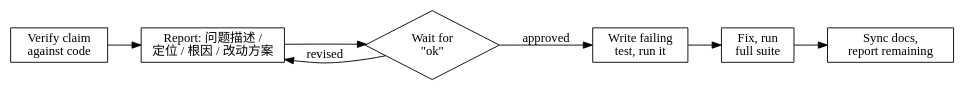
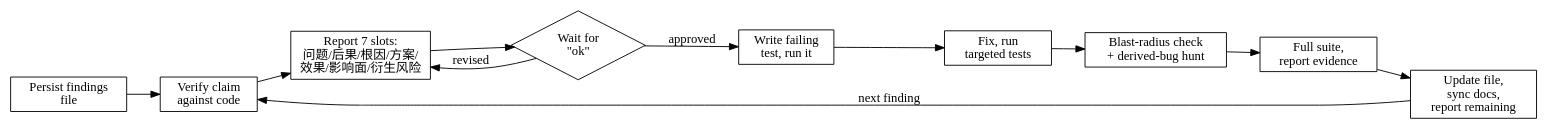
One commit to mmungdong/skills changed the diagram in skills/dev/fix-one-by-cr-docs/SKILL.md. Above: the diagram before and after it, drawn with Graphviz. The commit also changed other lines of this file and 1 other file, not shown here.

First line of the commit message:
feat(skills): require blast-radius analysis in fix-one-by-cr-docs

````diff
--- a/skills/dev/fix-one-by-cr-docs/SKILL.md
+++ b/skills/dev/fix-one-by-cr-docs/SKILL.md
@@ -20,16 +22,20 @@
 ```dot
 digraph fix_loop {
     rankdir=LR;
+    persist [label="Persist findings\nfile", shape=box];
     verify [label="Verify claim\nagainst code", shape=box];
-    plan [label="Report: 问题描述 /\n定位 / 根因 / 改动方案", shape=box];
+    plan [label="Report 7 slots:\n问题/后果/根因/方案/\n效果/影响面/衍生风险", shape=box];
     wait [label="Wait for\n\"ok\"", shape=diamond];
     red [label="Write failing\ntest, run it", shape=box];
-    green [label="Fix, run\nfull suite", shape=box];
-    sync [label="Sync docs,\nreport remaining", shape=box];
+    green [label="Fix, run\ntargeted tests", shape=box];
+    blast [label="Blast-radius check\n+ derived-bug hunt", shape=box];
+    full [label="Full suite,\nreport evidence", shape=box];
+    sync [label="Update file,\nsync docs,\nreport remaining", shape=box];
 
-    verify -> plan -> wait;
+    persist -> verify -> plan -> wait;
     wait -> red [label="approved"];
     wait -> plan [label="revised"];
-    red -> green -> sync;
+    red -> green -> blast -> full -> sync;
+    sync -> verify [label="next finding"];
 }
 ```
````
